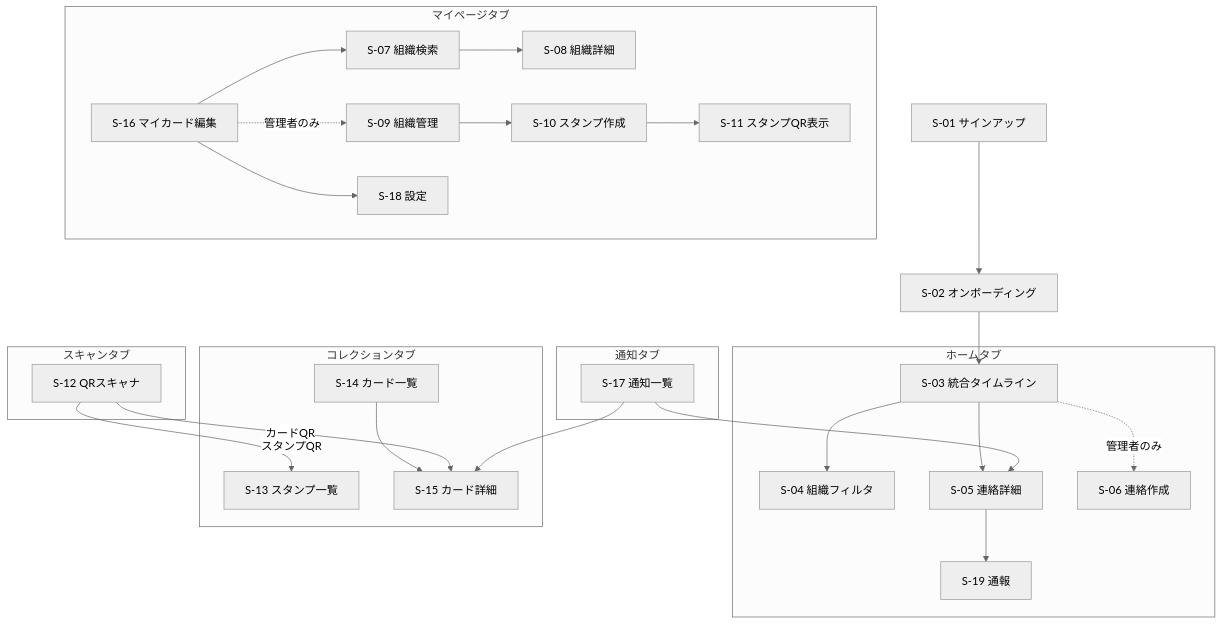
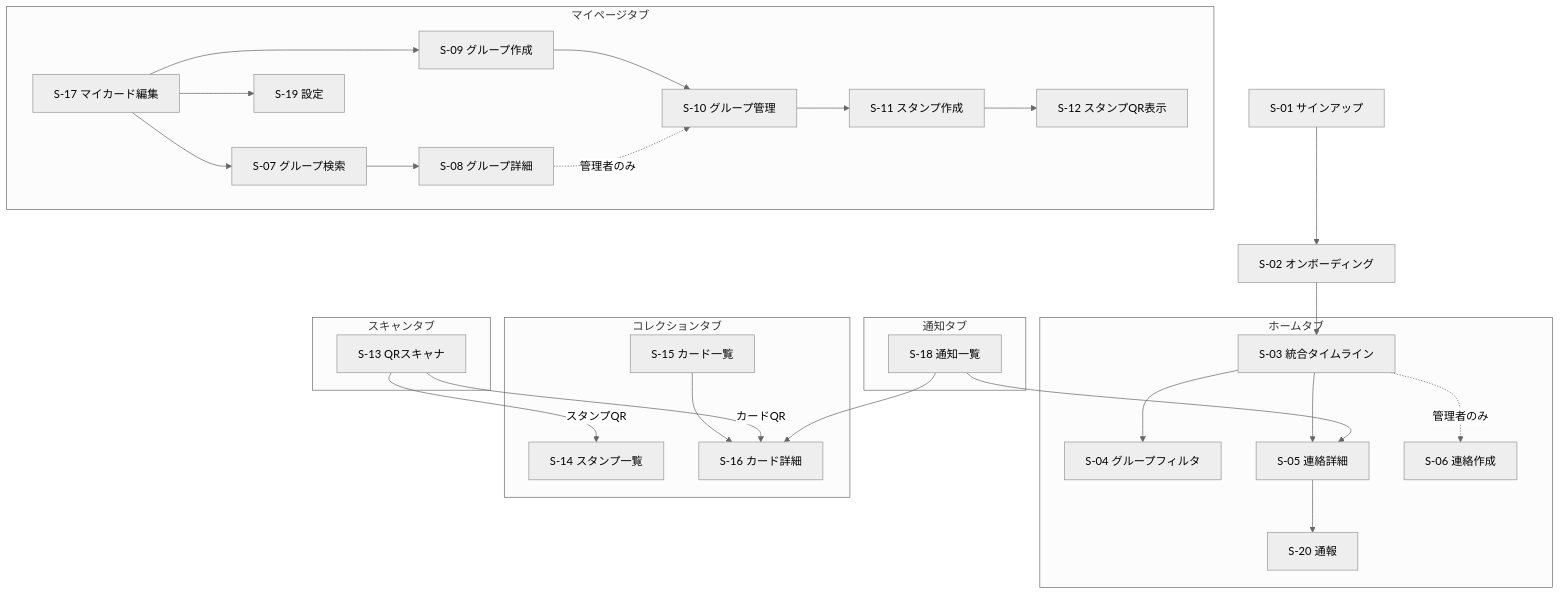
The tenth of 11 diagrams in docs/10_source/01_basic_design.md (GitHatake/RoveringNow), drawn with Mermaid (neutral theme) before and after one commit. The commit also changed other lines of this file and 2 other files, not shown here.

````diff
--- a/docs/10_source/01_basic_design.md
+++ b/docs/10_source/01_basic_design.md
@@ -782,38 +976,40 @@
 ```mermaid
 flowchart TD
     S01[S-01 サインアップ] --> S02[S-02 オンボーディング]
     S02 --> S03
 
     subgraph TAB1[ホームタブ]
-        S03[S-03 統合タイムライン] --> S04[S-04 組織フィルタ]
+        S03[S-03 統合タイムライン] --> S04[S-04 グループフィルタ]
         S03 --> S05[S-05 連絡詳細]
         S03 -.管理者のみ.-> S06[S-06 連絡作成]
-        S05 --> S19[S-19 通報]
+        S05 --> S20[S-20 通報]
     end
 
     subgraph TAB2[コレクションタブ]
-        S13[S-13 スタンプ一覧]
-        S14[S-14 カード一覧] --> S15[S-15 カード詳細]
+        S14[S-14 スタンプ一覧]
+        S15[S-15 カード一覧] --> S16[S-16 カード詳細]
     end
 
     subgraph TAB3[スキャンタブ]
-        S12[S-12 QRスキャナ]
-        S12 -->|スタンプQR| S13
-        S12 -->|カードQR| S15
+        S13[S-13 QRスキャナ]
+        S13 -->|スタンプQR| S14
+        S13 -->|カードQR| S16
     end
 
     subgraph TAB4[通知タブ]
-        S17[S-17 通知一覧] --> S05
-        S17 --> S15
+        S18[S-18 通知一覧] --> S05
+        S18 --> S16
     end
 
     subgraph TAB5[マイページタブ]
-        S16[S-16 マイカード編集]
-        S16 --> S07[S-07 組織検索]
-        S07 --> S08[S-08 組織詳細]
-        S16 -.管理者のみ.-> S09[S-09 組織管理]
-        S09 --> S10[S-10 スタンプ作成]
-        S10 --> S11[S-11 スタンプQR表示]
-        S16 --> S18[S-18 設定]
+        S17[S-17 マイカード編集]
+        S17 --> S07[S-07 グループ検索]
+        S07 --> S08[S-08 グループ詳細]
+        S17 --> S09[S-09 グループ作成]
+        S09 --> S10
+        S08 -.管理者のみ.-> S10[S-10 グループ管理]
+        S10 --> S11[S-11 スタンプ作成]
+        S11 --> S12[S-12 スタンプQR表示]
+        S17 --> S19[S-19 設定]
     end
 ```
````
